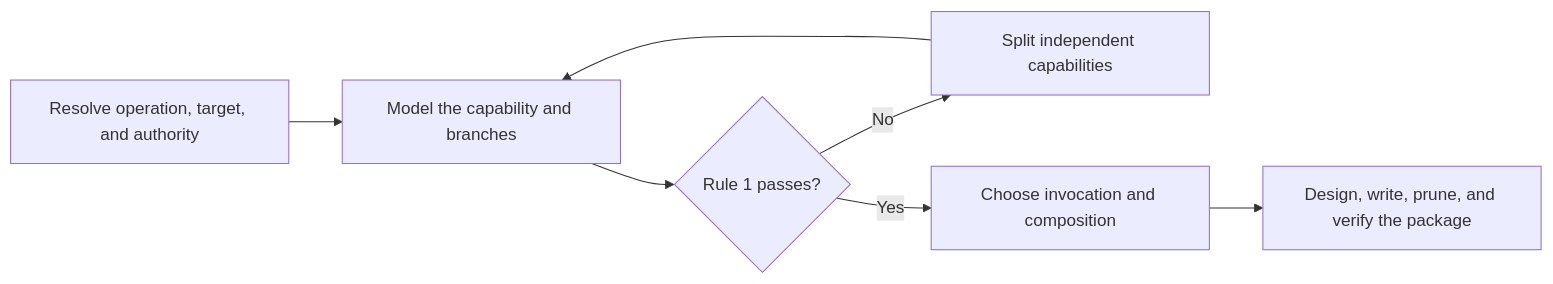
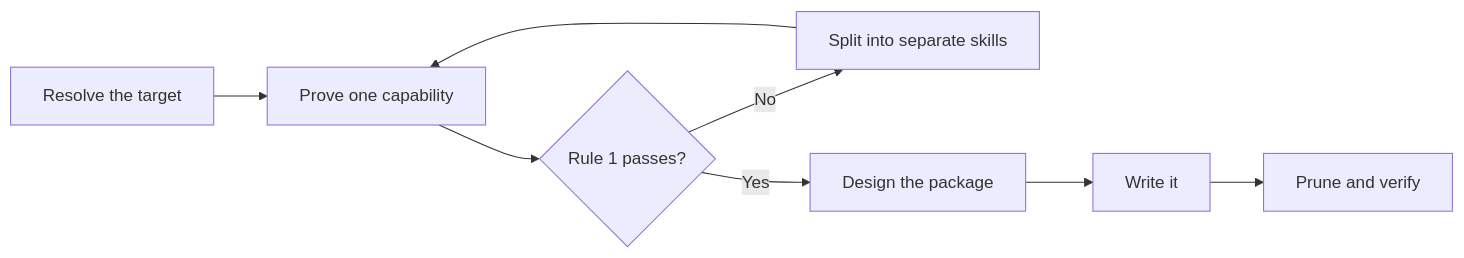
Before and after one commit to fam-tung-lam/ptlam-agent-plugin: the diagram in plugin/skills/ptlam-creating-skill/SKILL.md, drawn with Mermaid. The commit also changed other lines of this file and 13 other files, not shown here.

````diff
--- a/plugin/skills/ptlam-creating-skill/SKILL.md
+++ b/plugin/skills/ptlam-creating-skill/SKILL.md
@@ -28,9 +23,10 @@
 ```mermaid
 flowchart LR
-    A[Resolve operation, target, and authority] --> B[Model the capability and branches]
+    A[Resolve the target] --> B[Prove one capability]
     B --> C{Rule 1 passes?}
-    C -- No --> D[Split independent capabilities]
+    C -- No --> D[Split into separate skills]
     D --> B
-    C -- Yes --> E[Choose invocation and composition]
-    E --> F[Design, write, prune, and verify the package]
+    C -- Yes --> E[Design the package]
+    E --> F[Write it]
+    F --> G[Prune and verify]
 ```
````
